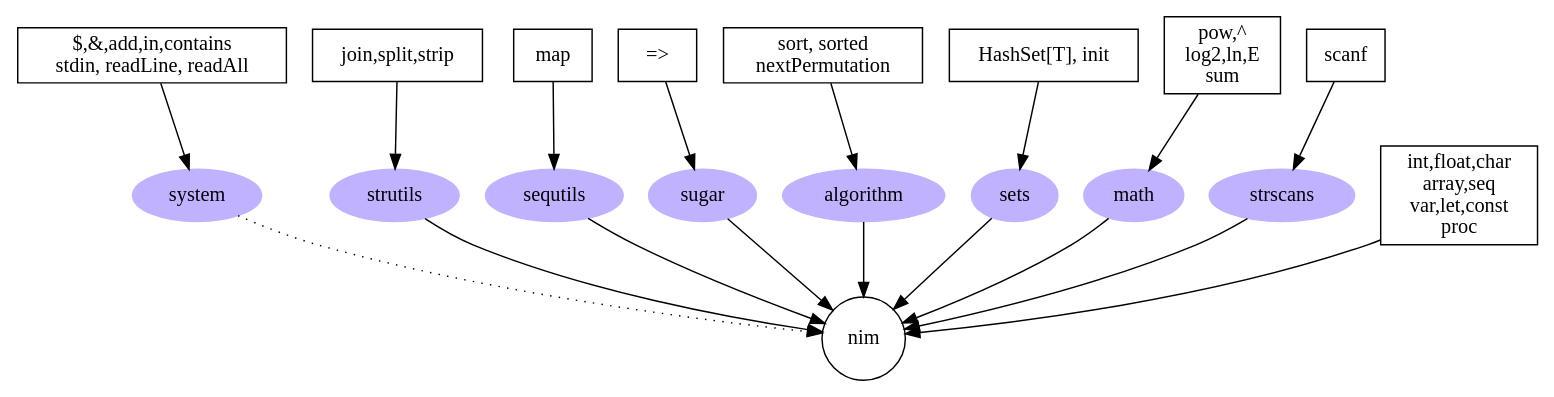
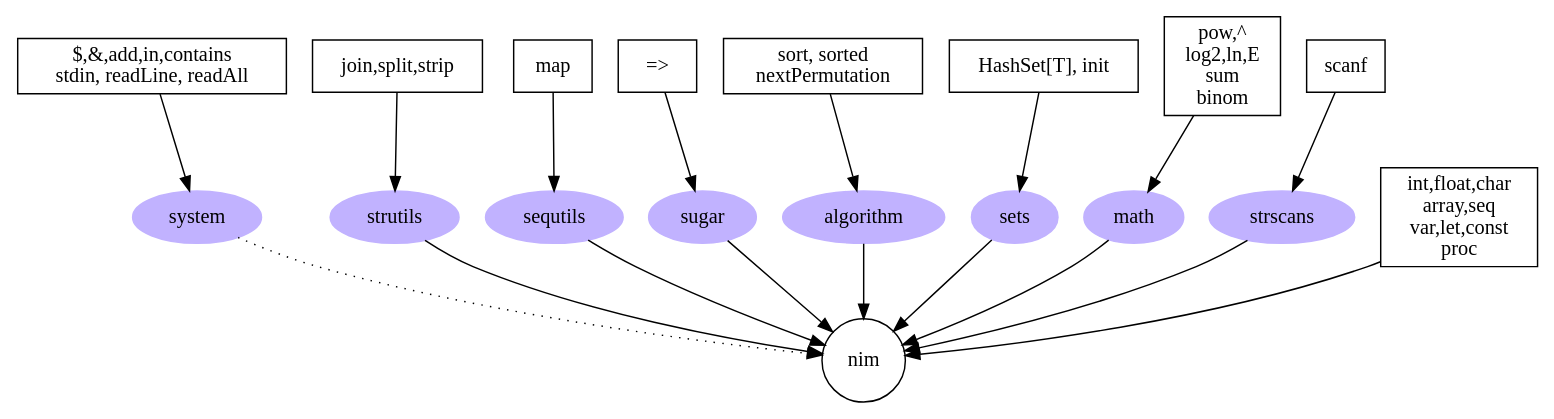
The diagram in graphViz/rajz.gv (czylabsonasa/learnnim), drawn with Graphviz before and after one commit. The commit also changed 8 other files, not shown here.

```diff
--- a/graphViz/rajz.gv
+++ b/graphViz/rajz.gv
@@ -1,57 +1,57 @@
 digraph G {
   nim 
     [shape = circle, URL = "https://nim-lang.org"] ;
   
   system, strutils, 
   sequtils, sugar, 
   algorithm, sets, 
   math, strscans
     [style = filled, color = "0.7 0.3 1.0"] ;
 
   n0 [ label = "int,float,char\narray,seq\nvar,let,const\nproc", shape = box ]
   n0 -> nim ;
   
 /* ************ */
   system -> nim [style = dotted] ;
   sys0 [ label = "$,&,add,in,contains\nstdin, readLine, readAll", 
           shape = box] ;
   sys0 -> system ;
 
 /* ************ */
   strutils -> nim;
   str0[ label = "join,split,strip", 
     shape = box] ;
   str0 -> strutils ;
 
 /* ************ */
   sequtils -> nim;
   seq0[ label = "map", 
     shape = box] ; 
   seq0 -> sequtils;
 /* ************ */
   sugar -> nim;
   sug0[ label = "=>", 
     shape = box ] ; 
   sug0 -> sugar;
 /* ************ */
   algorithm -> nim;
   alg0[label = "sort, sorted\nnextPermutation", 
     shape = box ]
   alg0 -> algorithm    
 /* ************ */
   sets -> nim;
   set0[ label = "HashSet[T], init", 
     shape = box ] ; 
   set0 -> sets;
 
 /* ************ */
   math -> nim;
-  mat0[ label = "pow,^\nlog2,ln,E\nsum", 
+  mat0[ label = "pow,^\nlog2,ln,E\nsum\nbinom", 
     shape = box ] ; 
   mat0 -> math;
 
   strscans -> nim;
   scan0[ label = "scanf", 
     shape = box ]
   scan0 -> strscans
 }
```
